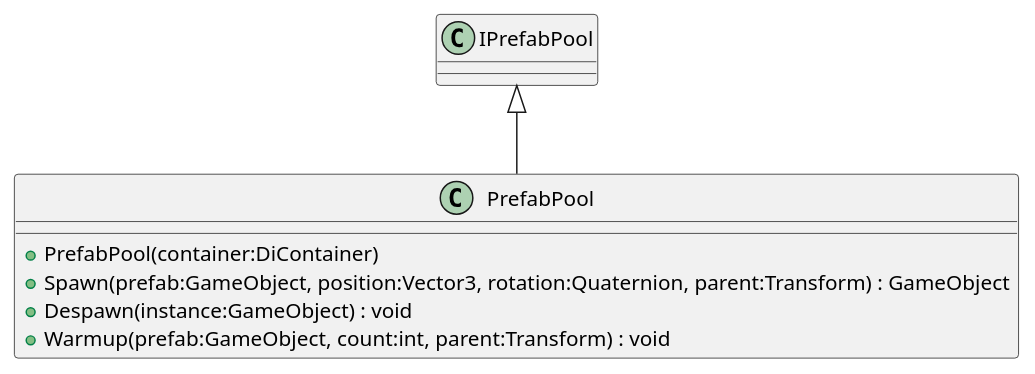
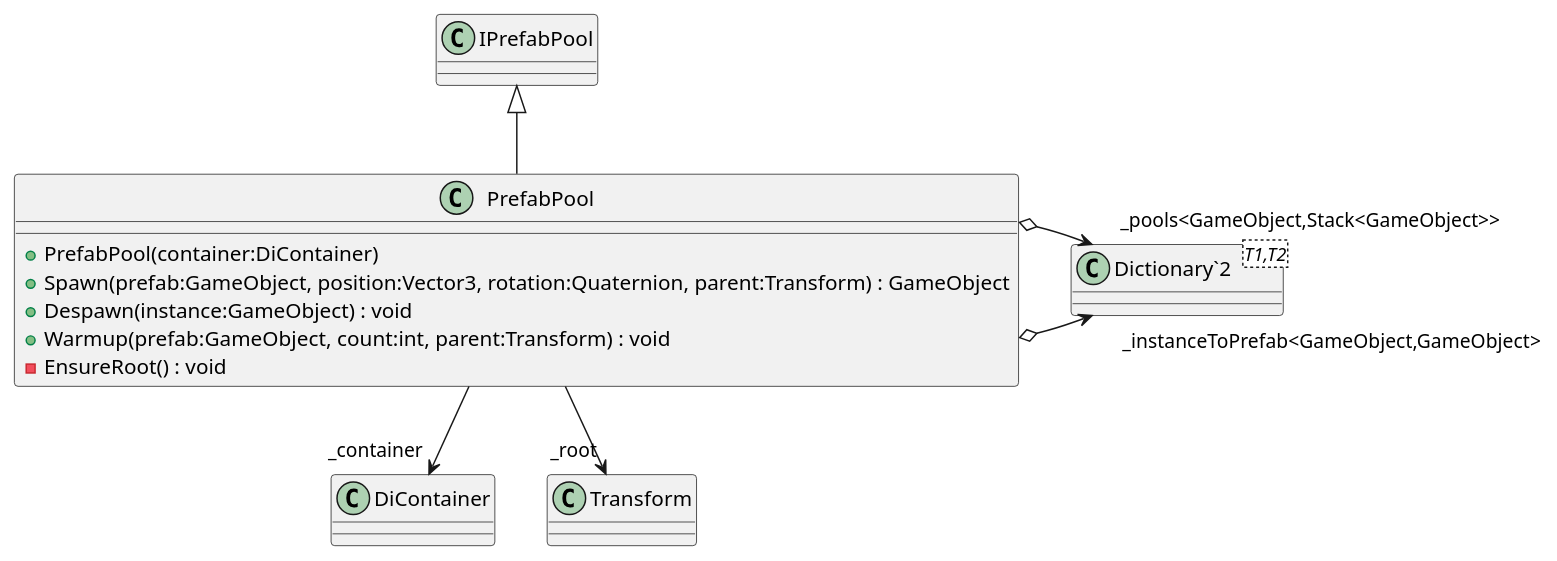
The diagram in puml/Assets/ExplodingElves/Scripts/Core/Pooling/PrefabPool.puml (felipemmax/ExplodingElves), drawn with PlantUML before and after one commit. The commit also changed 97 other files, not shown here.

```diff
--- a/puml/Assets/ExplodingElves/Scripts/Core/Pooling/PrefabPool.puml
+++ b/puml/Assets/ExplodingElves/Scripts/Core/Pooling/PrefabPool.puml
@@ -1,9 +1,16 @@
 @startuml
 class PrefabPool {
     + PrefabPool(container:DiContainer)
     + Spawn(prefab:GameObject, position:Vector3, rotation:Quaternion, parent:Transform) : GameObject
     + Despawn(instance:GameObject) : void
     + Warmup(prefab:GameObject, count:int, parent:Transform) : void
+    - EnsureRoot() : void
+}
+class "Dictionary`2"<T1,T2> {
 }
 IPrefabPool <|-- PrefabPool
+PrefabPool --> "_container" DiContainer
+PrefabPool o-> "_instanceToPrefab<GameObject,GameObject>" "Dictionary`2"
+PrefabPool o-> "_pools<GameObject,Stack<GameObject>>" "Dictionary`2"
+PrefabPool --> "_root" Transform
 @enduml
```
